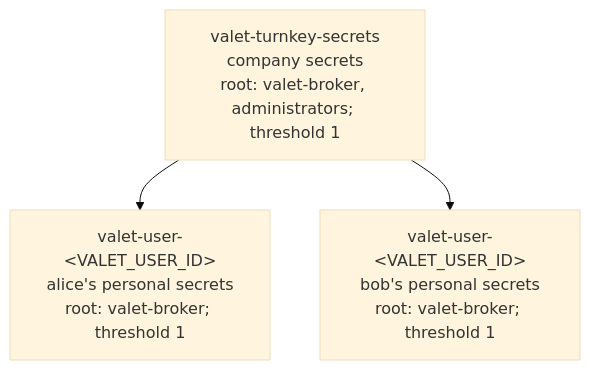
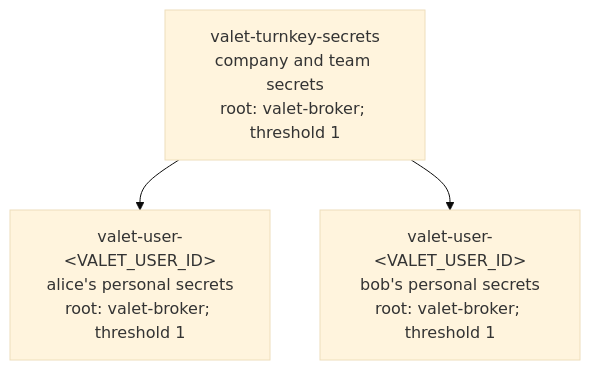
Before and after one commit to tkhq/valet: the second of 2 diagrams in docs/specs/2026-10-29-turnkey-secrets-design.md, drawn with Mermaid (base theme). The commit also changed other lines of this file, not shown here.

Commit message:
Align the Turnkey secrets spec with the phased agent-auth proposal.

````diff
--- a/docs/specs/2026-10-29-turnkey-secrets-design.md
+++ b/docs/specs/2026-10-29-turnkey-secrets-design.md
@@ -63,8 +67,8 @@
 ```mermaid
 flowchart TD
-    P["valet-turnkey-secrets<br/>company secrets<br/>root: valet-broker, administrators; threshold 1"]
+    P["valet-turnkey-secrets<br/>company and team secrets<br/>root: valet-broker; threshold 1"]
     A["valet-user-&lt;VALET_USER_ID&gt;<br/>alice's personal secrets<br/>root: valet-broker; threshold 1"]
     B["valet-user-&lt;VALET_USER_ID&gt;<br/>bob's personal secrets<br/>root: valet-broker; threshold 1"]
     P --> A
     P --> B
 ```
````
